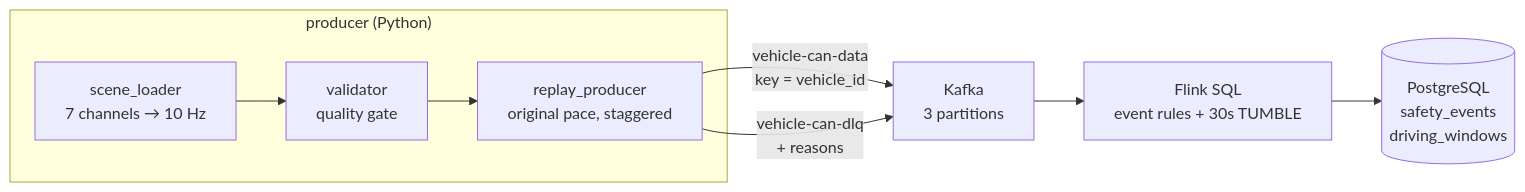
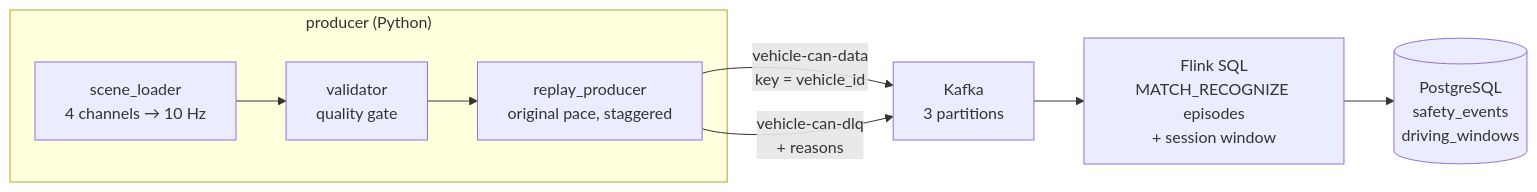
Before and after one commit to dlwogud/nuscenes-driving-safety-pipeline: the diagram in README.md, drawn with Mermaid. The commit also changed other lines of this file and 1 other file, not shown here.

First line of the commit message:
fix: make the episode rules actually run, and ask the right question

````diff
--- a/README.md
+++ b/README.md
@@ -38,11 +38,11 @@
 ```mermaid
 flowchart LR
     subgraph P["producer (Python)"]
-        A["scene_loader<br/>7 channels → 10 Hz"] --> B["validator<br/>quality gate"]
+        A["scene_loader<br/>4 channels → 10 Hz"] --> B["validator<br/>quality gate"]
         B --> C["replay_producer<br/>original pace, staggered"]
     end
     C -->|"vehicle-can-data<br/>key = vehicle_id"| K["Kafka<br/>3 partitions"]
     C -->|"vehicle-can-dlq<br/>+ reasons"| K
-    K --> F["Flink SQL<br/>event rules + 30s TUMBLE"]
+    K --> F["Flink SQL<br/>MATCH_RECOGNIZE episodes<br/>+ session window"]
     F --> D[("PostgreSQL<br/>safety_events<br/>driving_windows")]
 ```
````
